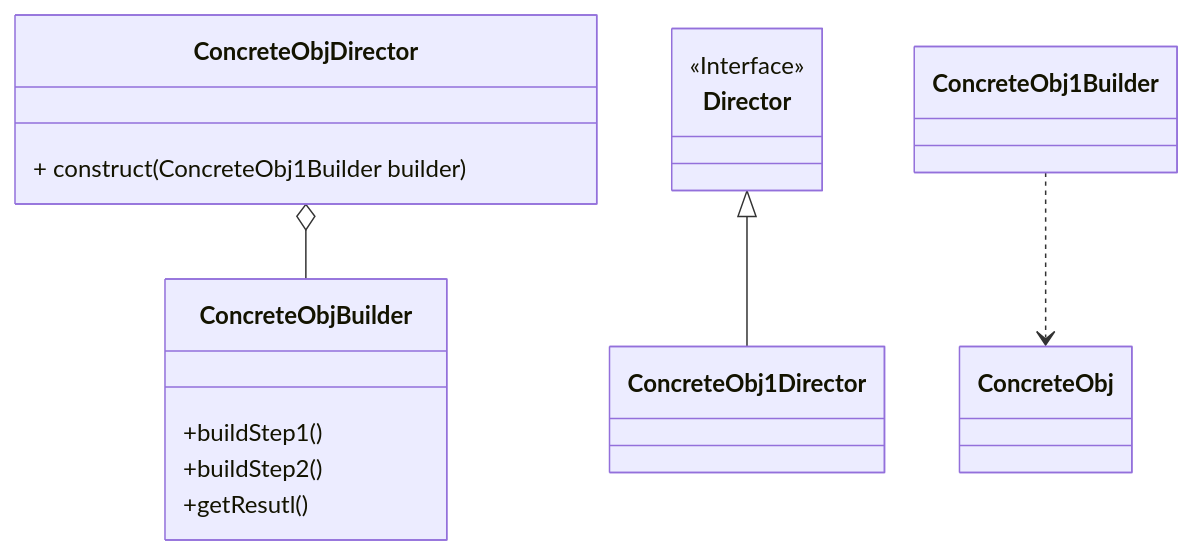
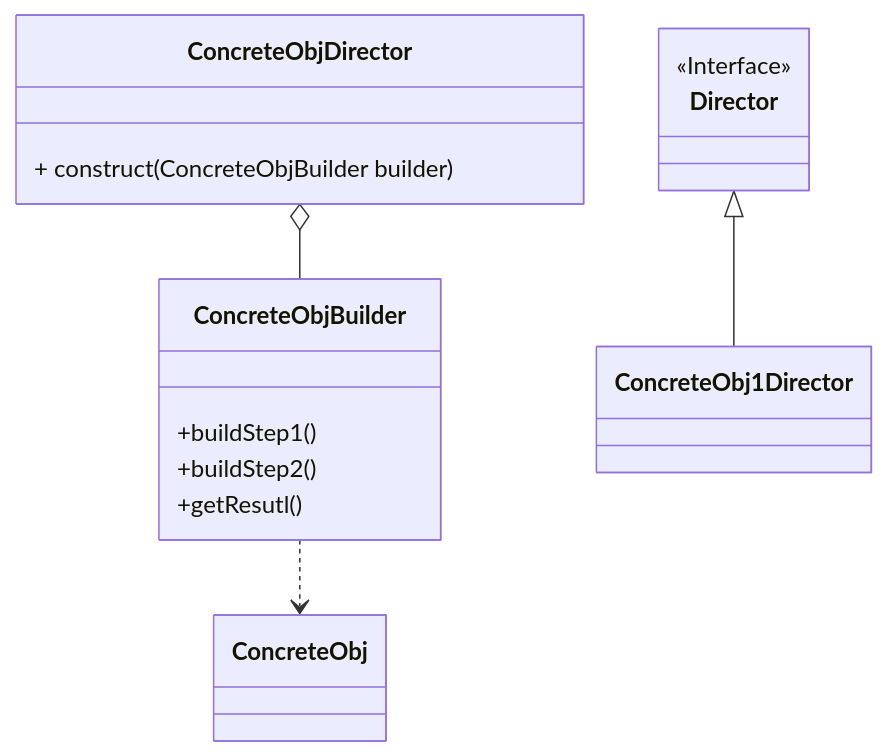
One commit to mrcybercat/internship-entry-assessment changed the second of 5 diagrams in programming-test.md. Above: the diagram before and after it, drawn with Mermaid.

Commit message:
Exercise 2 programming-test.md diagram typo correction

````diff
--- a/programming-test.md
+++ b/programming-test.md
@@ -117,21 +117,21 @@
 ```mermaid
 classDiagram
 
     ConcreteObjDirector o-- ConcreteObjBuilder
     Director <|-- ConcreteObj1Director
-    ConcreteObj1Builder ..> ConcreteObj
+    ConcreteObjBuilder ..> ConcreteObj
 
     class ConcreteObjDirector{
-        + construct(ConcreteObj1Builder builder)
+        + construct(ConcreteObjBuilder builder)
     }
     class Director{
         <<Interface>>
     }
     class ConcreteObj
 
     class ConcreteObjBuilder{
         +buildStep1()
         +buildStep2()
         +getResutl()    
     }
 ```
````
